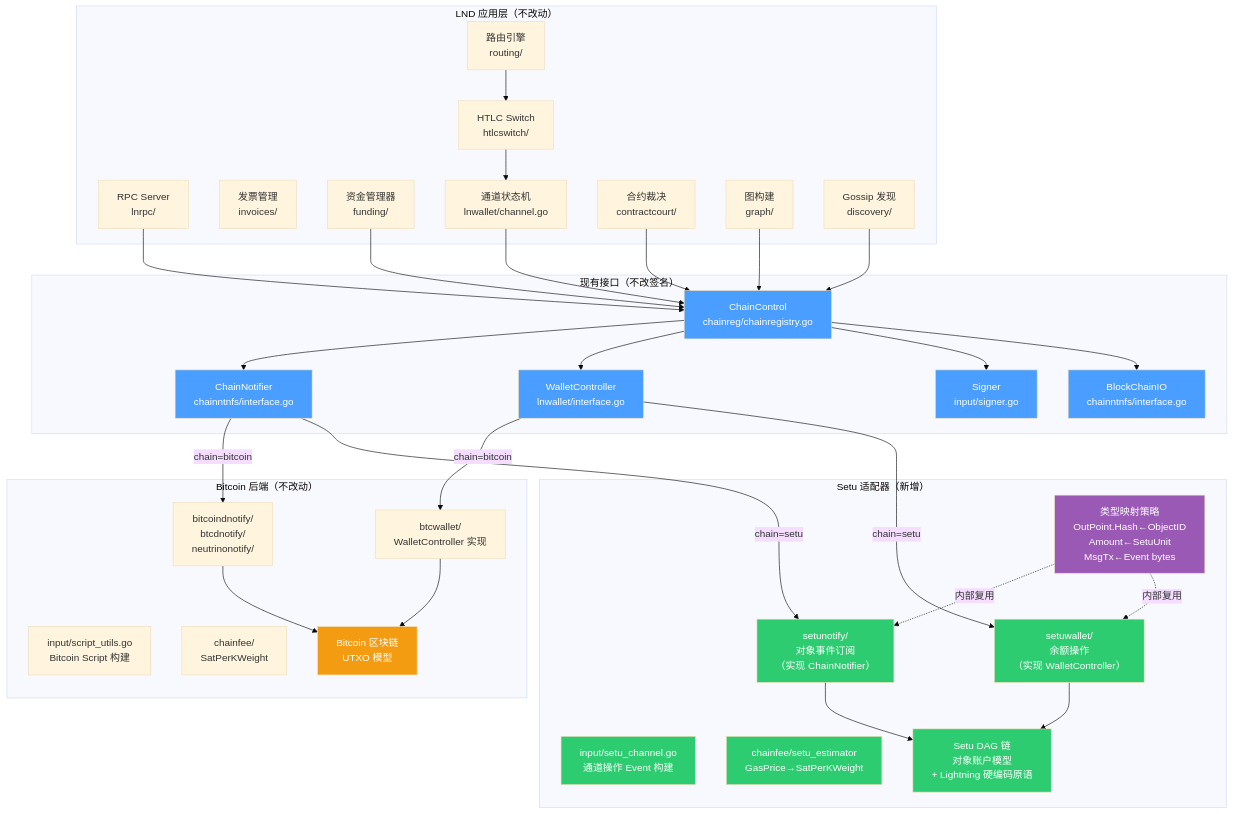
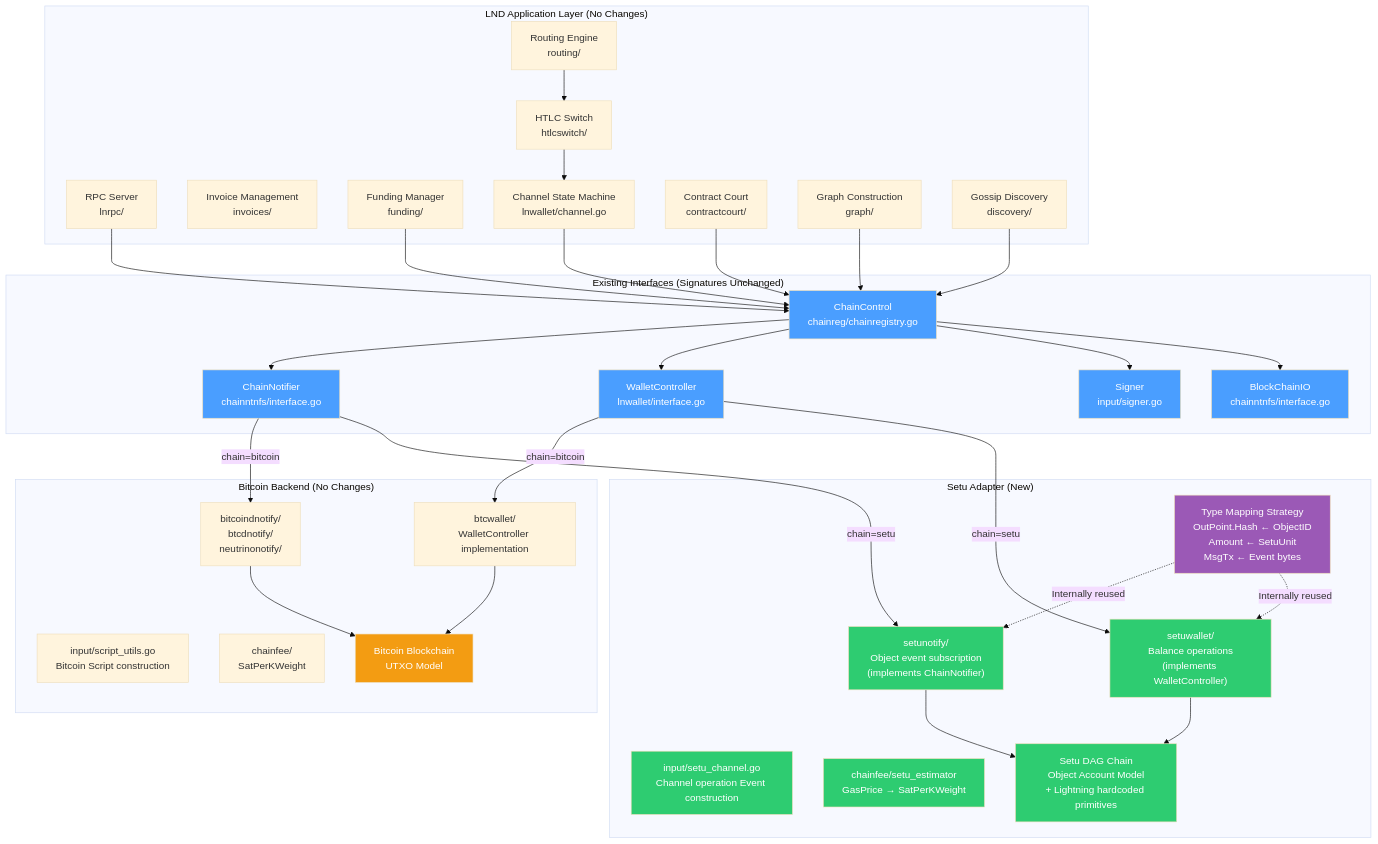
Before and after one commit to loka-network/loka-p2p-lnd: the first of 9 diagrams in 1-refactor-docs/setu/lnd-and-setu-integration.md, drawn with Mermaid (base theme). The commit also changed other lines of this file and 12 other files, not shown here.

````diff
--- a/1-refactor-docs/setu/lnd-and-setu-integration.md
+++ b/1-refactor-docs/setu/lnd-and-setu-integration.md
@@ -32,81 +32,81 @@
 ```mermaid
 graph TB
-    subgraph "LND 应用层（不改动）"
+    subgraph "LND Application Layer (No Changes)"
         RPC["RPC Server<br/>lnrpc/"]
-        Router["路由引擎<br/>routing/"]
+        Router["Routing Engine<br/>routing/"]
         Switch["HTLC Switch<br/>htlcswitch/"]
-        Invoice["发票管理<br/>invoices/"]
-        Funding["资金管理器<br/>funding/"]
-        ChanSM["通道状态机<br/>lnwallet/channel.go"]
-        ContractCourt["合约裁决<br/>contractcourt/"]
-        Graph["图构建<br/>graph/"]
-        Discovery["Gossip 发现<br/>discovery/"]
+        Invoice["Invoice Management<br/>invoices/"]
+        Funding["Funding Manager<br/>funding/"]
+        ChanSM["Channel State Machine<br/>lnwallet/channel.go"]
+        ContractCourt["Contract Court<br/>contractcourt/"]
+        Graph["Graph Construction<br/>graph/"]
+        Discovery["Gossip Discovery<br/>discovery/"]
     end
 
-    subgraph "现有接口（不改签名）"
+    subgraph "Existing Interfaces (Signatures Unchanged)"
         IF_Notify["ChainNotifier<br/>chainntnfs/interface.go"]
         IF_Wallet["WalletController<br/>lnwallet/interface.go"]
         IF_Signer["Signer<br/>input/signer.go"]
         IF_IO["BlockChainIO<br/>chainntnfs/interface.go"]
         CC["ChainControl<br/>chainreg/chainregistry.go"]
     end
 
-    subgraph "Bitcoin 后端（不改动）"
+    subgraph "Bitcoin Backend (No Changes)"
         BTC_Notify["bitcoindnotify/<br/>btcdnotify/<br/>neutrinonotify/"]
-        BTC_Wallet["btcwallet/<br/>WalletController 实现"]
-        BTC_Script["input/script_utils.go<br/>Bitcoin Script 构建"]
+        BTC_Wallet["btcwallet/<br/>WalletController implementation"]
+        BTC_Script["input/script_utils.go<br/>Bitcoin Script construction"]
         BTC_Fee["chainfee/<br/>SatPerKWeight"]
-        BTC_Chain["Bitcoin 区块链<br/>UTXO 模型"]
+        BTC_Chain["Bitcoin Blockchain<br/>UTXO Model"]
     end
 
-    subgraph "Setu 适配器（新增）"
-        SETU_Notify["setunotify/<br/>对象事件订阅<br/>（实现 ChainNotifier）"]
-        SETU_Wallet["setuwallet/<br/>余额操作<br/>（实现 WalletController）"]
-        SETU_Program["input/setu_channel.go<br/>通道操作 Event 构建"]
-        SETU_Fee["chainfee/setu_estimator<br/>GasPrice→SatPerKWeight"]
-        SETU_Chain["Setu DAG 链<br/>对象账户模型<br/>+ Lightning 硬编码原语"]
-        SETU_Adapt["类型映射策略<br/>OutPoint.Hash←ObjectID<br/>Amount←SetuUnit<br/>MsgTx←Event bytes"]
+    subgraph "Setu Adapter (New)"
+        SETU_Notify["setunotify/<br/>Object event subscription<br/>(implements ChainNotifier)"]
+        SETU_Wallet["setuwallet/<br/>Balance operations<br/>(implements WalletController)"]
+        SETU_Program["input/setu_channel.go<br/>Channel operation Event construction"]
+        SETU_Fee["chainfee/setu_estimator<br/>GasPrice → SatPerKWeight"]
+        SETU_Chain["Setu DAG Chain<br/>Object Account Model<br/>+ Lightning hardcoded primitives"]
+        SETU_Adapt["Type Mapping Strategy<br/>OutPoint.Hash ← ObjectID<br/>Amount ← SetuUnit<br/>MsgTx ← Event bytes"]
     end
 
     RPC --> CC
     Router --> Switch
     Switch --> ChanSM
     Funding --> CC
     ChanSM --> CC
     ContractCourt --> CC
     Graph --> CC
     Discovery --> CC
 
     CC --> IF_Notify & IF_Wallet & IF_Signer & IF_IO
 
     IF_Notify -->|"chain=bitcoin"| BTC_Notify
     IF_Wallet -->|"chain=bitcoin"| BTC_Wallet
     IF_Notify -->|"chain=setu"| SETU_Notify
     IF_Wallet -->|"chain=setu"| SETU_Wallet
 
     BTC_Notify --> BTC_Chain
     BTC_Wallet --> BTC_Chain
     SETU_Notify --> SETU_Chain
     SETU_Wallet --> SETU_Chain
 
-    SETU_Adapt -.->|"内部复用"| SETU_Notify
-    SETU_Adapt -.->|"内部复用"| SETU_Wallet
+    SETU_Adapt -.->|"Internally reused"| SETU_Notify
+    SETU_Adapt -.->|"Internally reused"| SETU_Wallet
     IF_Wallet --- SETU_Adapt
 
 
     style IF_Notify fill:#4a9eff,color:#fff
     style IF_Wallet fill:#4a9eff,color:#fff
     style IF_Signer fill:#4a9eff,color:#fff
     style IF_IO fill:#4a9eff,color:#fff
     style CC fill:#4a9eff,color:#fff
     style SETU_Notify fill:#2ecc71,color:#fff
     style SETU_Wallet fill:#2ecc71,color:#fff
     style SETU_Program fill:#2ecc71,color:#fff
     style SETU_Fee fill:#2ecc71,color:#fff
     style SETU_Chain fill:#2ecc71,color:#fff
     style SETU_Adapt fill:#9b59b6,color:#fff
     style BTC_Chain fill:#f39c12,color:#fff
 
-    %% 隐藏最后两条边（强制布局边）
+    %% Hide last two edges (forced layout edges)
     linkStyle 22 stroke-width:0, stroke:transparent;
 ```
````
